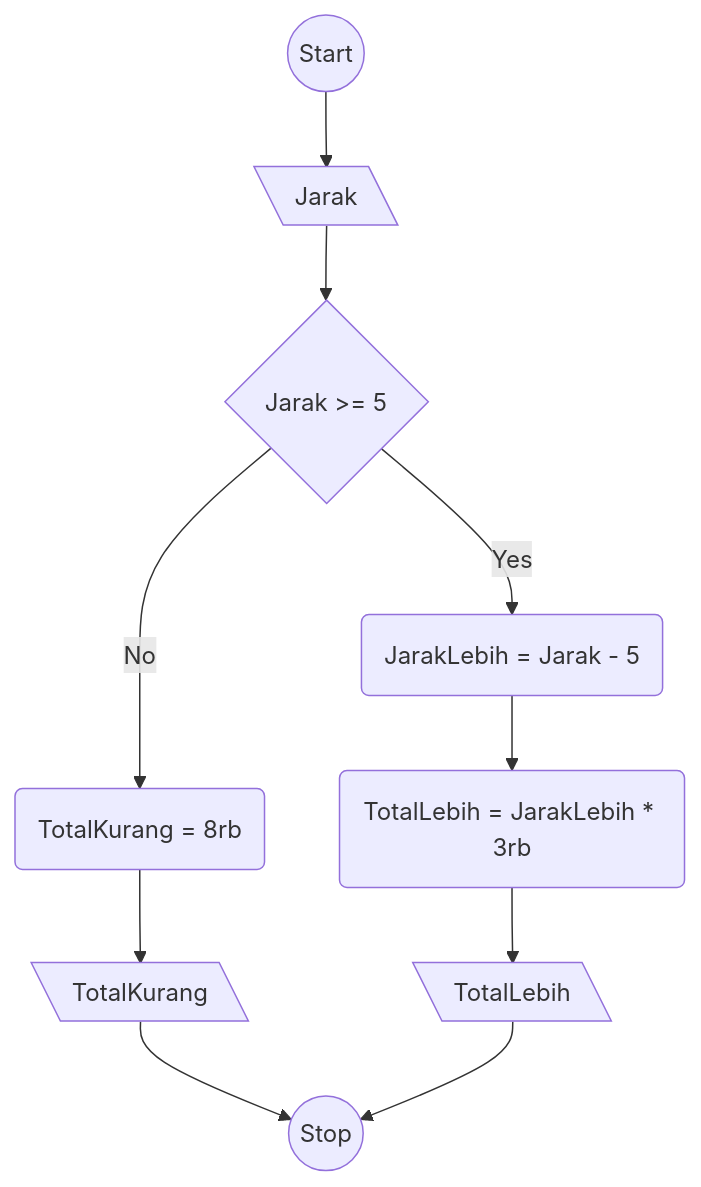
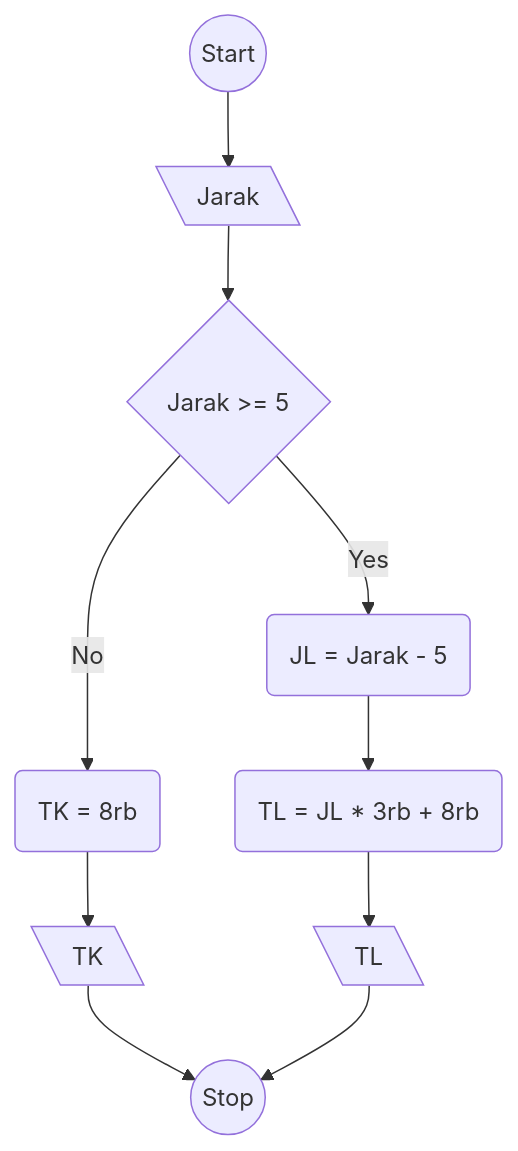
One commit to ariekas/koda-b4-algoritma changed the diagram in MiniTaks8.md. Above: the diagram before and after it, drawn with Mermaid.

````diff
--- a/MiniTaks8.md
+++ b/MiniTaks8.md
@@ -3,22 +3,22 @@
 ```mermaid
 flowchart TD
 Start((Start))
 Input[\Jarak\]
 Decision{Jarak >= 5}
-JarakLebih(JarakLebih = Jarak - 5)
-ProcessLebih(TotalLebih = JarakLebih * 3rb)
-ProcessKurang(TotalKurang = 8rb)
-TerminatorLebih[\TotalLebih\]
-TerminatorKurang[\TotalKurang\]
+JL(JL = Jarak - 5)
+ProcessLebih(TL = JL * 3rb + 8rb)
+ProcessKurang(TK = 8rb)
+TerminatorLebih[\TL\]
+TerminatorKurang[\TK\]
 Stop((Stop))
 
 Start --> Input
 Input --> Decision
-Decision -- Yes --> JarakLebih
+Decision -- Yes --> JL
 Decision -- No --> ProcessKurang
-JarakLebih --> ProcessLebih
+JL --> ProcessLebih
 ProcessKurang --> TerminatorKurang
 ProcessLebih --> TerminatorLebih
 TerminatorKurang --> Stop
 TerminatorLebih --> Stop
 ```
````
